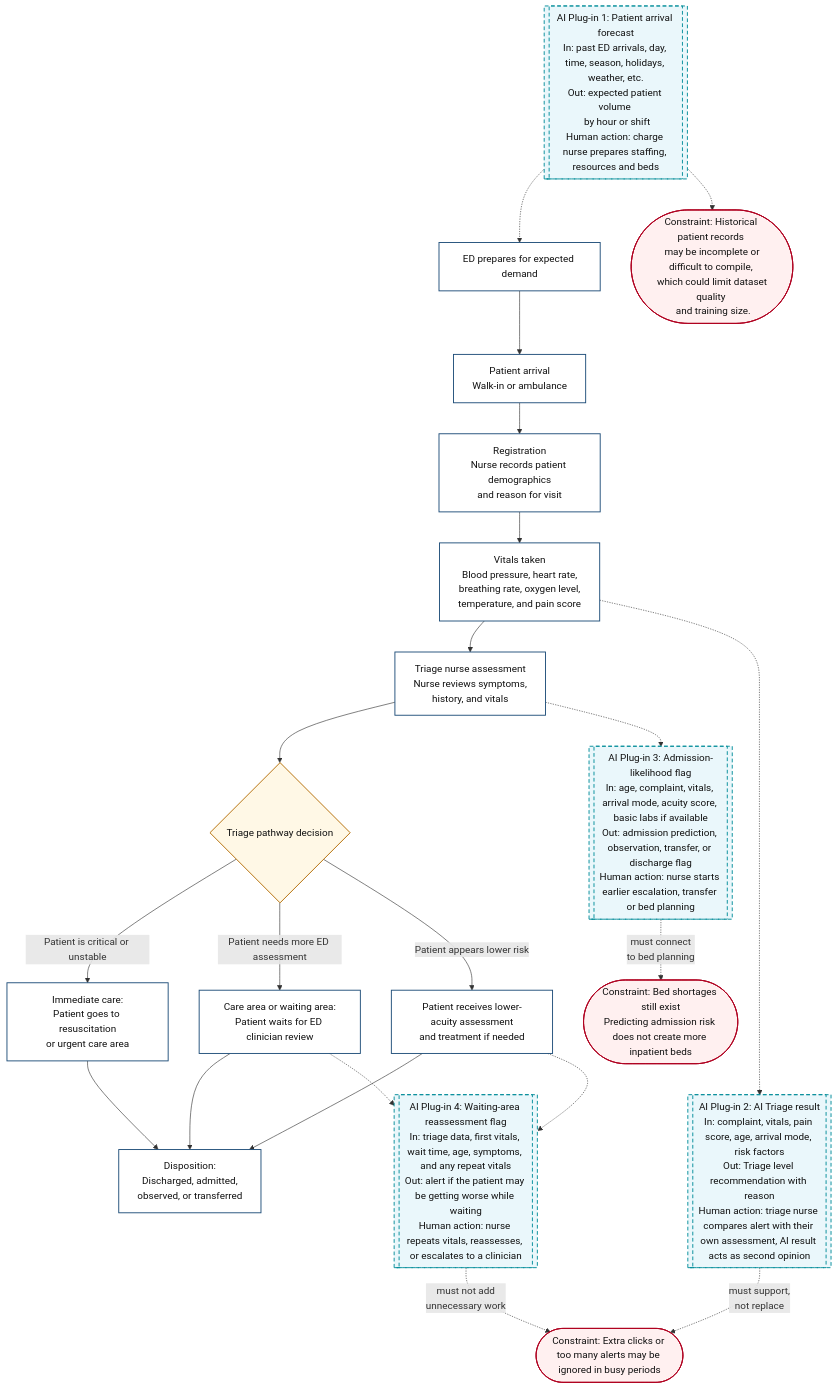
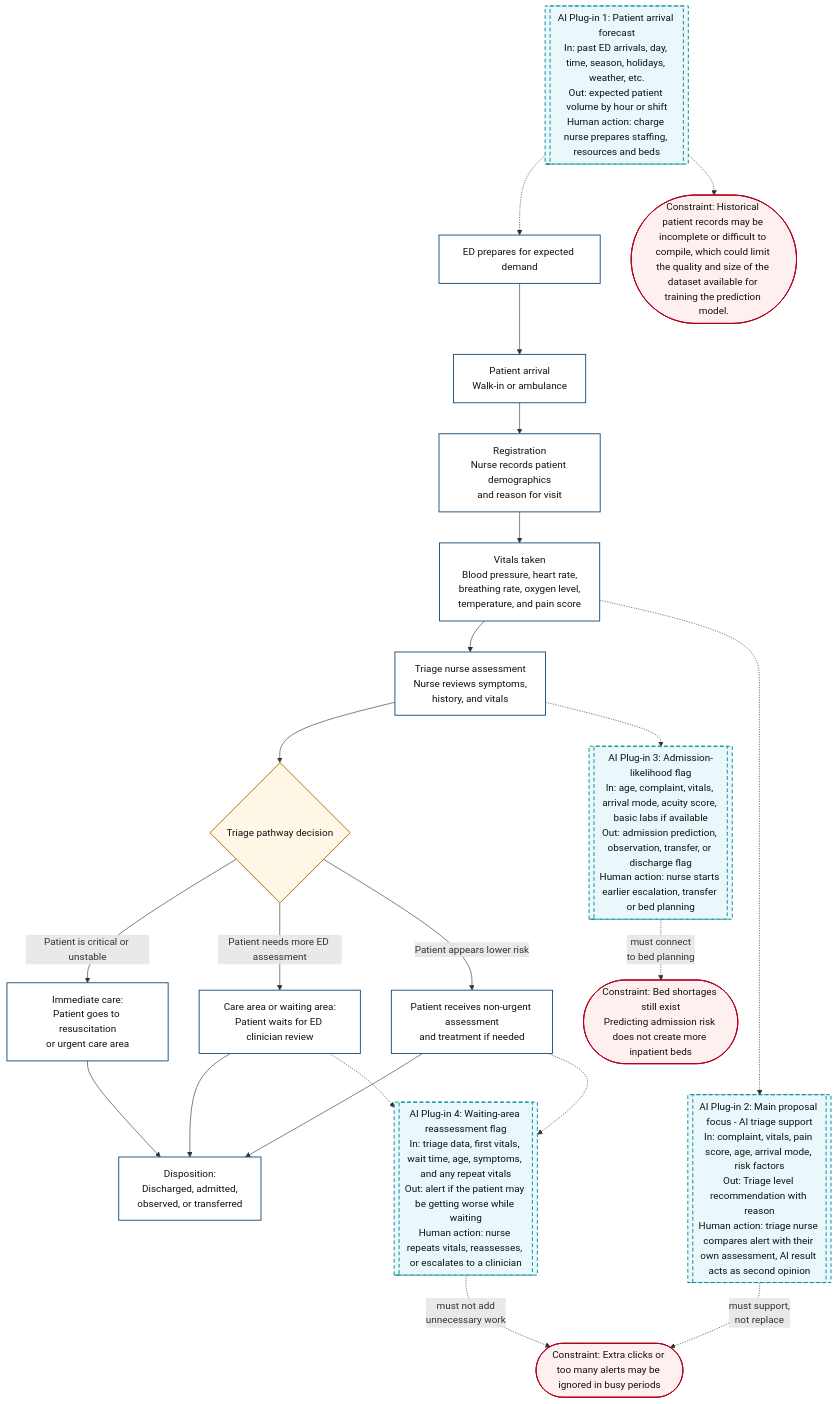
Before and after one commit to tinadams/carisurg-portfolio: the diagram in docs/week_3_Workflow_Diagram.md, drawn with Mermaid.

Commit message:
Revise patient risk assessment terminology in diagram
Updated workflow diagram to clarify patient assessment processes and constraints.

````diff
--- a/docs/week_3_Workflow_Diagram.md
+++ b/docs/week_3_Workflow_Diagram.md
@@ -1,61 +1,61 @@
 ```mermaid
 flowchart TD
 
 A[Patient arrival<br/>Walk-in or ambulance] --> B[Registration<br/>Nurse records patient demographics<br/>and reason for visit]
 
 B --> C[Vitals taken<br/>Blood pressure, heart rate,<br/>breathing rate, oxygen level,<br/>temperature, and pain score]
 
 C --> D[Triage nurse assessment<br/>Nurse reviews symptoms,<br/>history, and vitals]
 
 D --> E{Triage pathway decision}
 
 E -->|Patient is critical or unstable| F[Immediate care:<br/>Patient goes to resuscitation<br/>or urgent care area]
 
 E -->|Patient needs more ED assessment| G[Care area or waiting area:<br/>Patient waits for ED clinician review]
 
-E -->|Patient appears lower risk| H[Patient receives lower-acuity assessment<br/>and treatment if needed]
+E -->|Patient appears lower risk| H[Patient receives non-urgent assessment<br/>and treatment if needed]
 
-H --> I[Disposition: <br/> Discharged, admitted, <br/> observed, or transferred]
+I[Disposition:<br/>Discharged, admitted,<br/>observed, or transferred]
+F --> I
+G --> I
+H --> I
 
-F --> I[Disposition: <br/> Discharged, admitted, <br/> observed, or transferred]
 
-G --> I[Disposition: <br/> Discharged, admitted, <br/> observed, or transferred]
+AI1[[AI Plug-in 1: Patient arrival forecast<br/>In: past ED arrivals, day, time, season, holidays, weather, etc.<br/>Out: expected patient volume by hour or shift<br/>Human action: charge nurse prepares staffing, resources and beds]]
 
-AI1[[AI Plug-in 1: Patient arrival forecast<br/>In: past ED arrivals, day, time, season, holidays, weather, etc.<br/>Out: expected patient volume <br/> by hour or shift<br/>Human action: charge nurse prepares staffing, resources and beds]]
-
-AI2[[AI Plug-in 2: AI Triage result<br/>In: complaint, vitals, pain score, age, arrival mode, risk factors<br/>Out: Triage level recommendation with reason<br/>Human action: triage nurse compares alert with their own assessment, AI result acts as second opinion]]
+AI2[[AI Plug-in 2: Main proposal focus - AI triage support<br/>In: complaint, vitals, pain score, age, arrival mode, risk factors<br/>Out: Triage level recommendation with reason<br/>Human action: triage nurse compares alert with their own assessment, AI result acts as second opinion]]
 
 AI3[[AI Plug-in 3: Admission-likelihood flag<br/>In: age, complaint, vitals, arrival mode, acuity score, basic labs if available<br/>Out: admission prediction, observation, transfer, or discharge flag<br/>Human action: nurse starts earlier escalation, transfer or bed planning]]
 
 AI4[[AI Plug-in 4: Waiting-area reassessment flag<br/>In: triage data, first vitals, wait time, age, symptoms, and any repeat vitals<br/>Out: alert if the patient may be getting worse while waiting<br/>Human action: nurse repeats vitals, reassesses, or escalates to a clinician]]
 
 PRE[ED prepares for expected demand]
 
 AI1 -.-> PRE
 PRE --> A
 D -.-> AI3
 C -.-> AI2
 G -.-> AI4
 H -.-> AI4
 
-C1([Constraint: Historical patient records <br/> may be incomplete or difficult to compile, <br/> which could limit dataset quality <br/> and training size.])
+C1([Constraint: Historical patient records may be incomplete or difficult to compile, which could limit the quality and size of the dataset available for training the prediction model.])
 
 C2([Constraint: Extra clicks or too many alerts may be ignored in busy periods])
 
 C3([Constraint: Bed shortages still exist<br/>Predicting admission risk does not create more inpatient beds])
 
 AI1 -.-> C1
-AI2 -. must support, <br/> not replace .-> C2
-AI3 -. must connect <br/> to bed planning .-> C3
-AI4 -. must not add <br/> unnecessary work .-> C2
+AI2 -.->|must support,<br/>not replace| C2
+AI3 -.->|must connect<br/>to bed planning| C3
+AI4 -.->|must not add<br/>unnecessary work| C2
 
 classDef process fill:#ffffff,stroke:#1f4e79,stroke-width:1.5px,color:#111;
 classDef decision fill:#fff8e6,stroke:#b36b00,stroke-width:1.5px,color:#111;
 classDef ai fill:#eaf7fb,stroke:#008c99,stroke-width:1.5px,stroke-dasharray: 6 4,color:#111;
 classDef constraint fill:#fff0f0,stroke:#b00020,stroke-width:1.5px,color:#111;
 
 class A,B,C,D,F,G,H,I,PRE process;
 class E decision;
 class AI1,AI2,AI3,AI4 ai;
 class C1,C2,C3 constraint;
 ```
````
